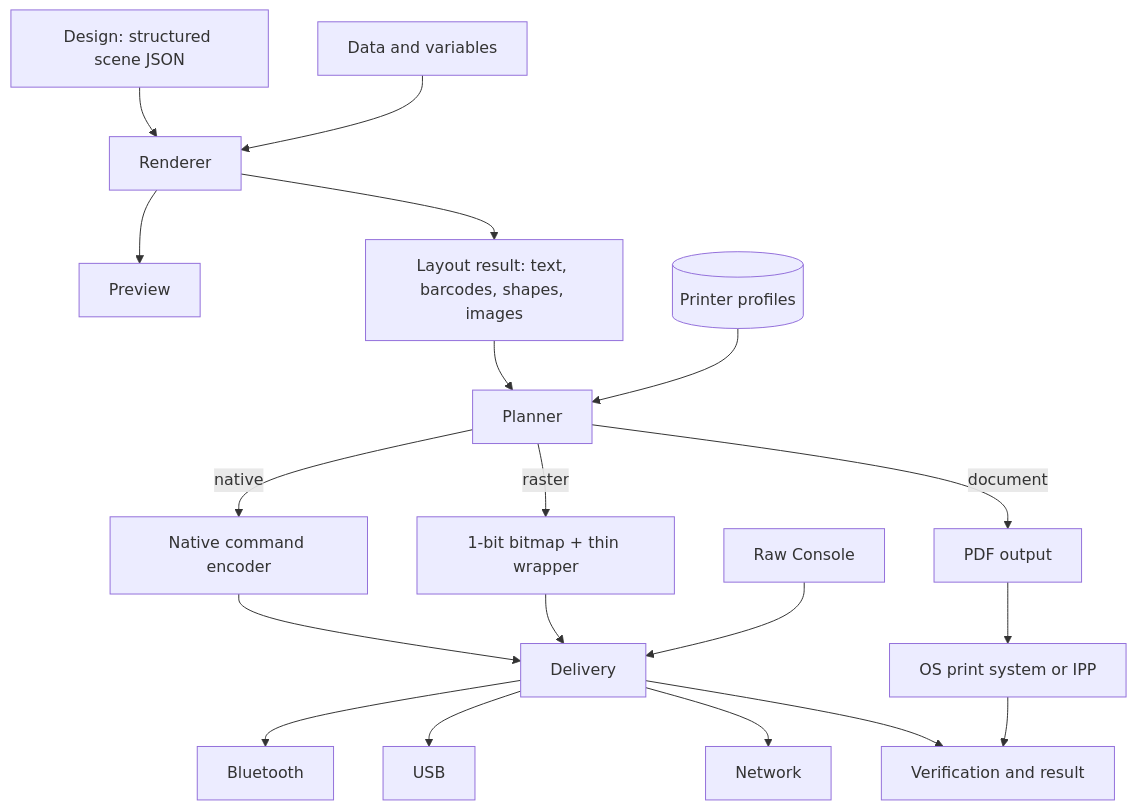
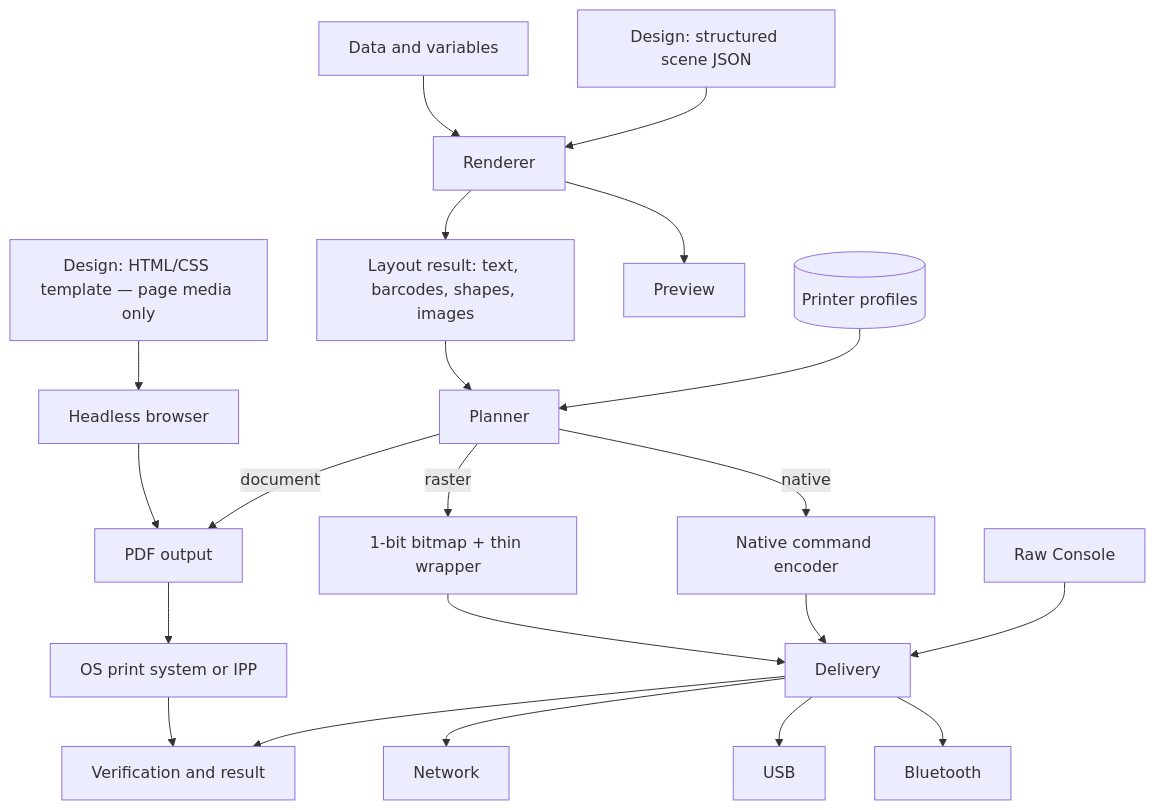
Before and after one commit to SAR-dev/PrintNinja: the diagram in docs/planned/REFACTORING-PLAN.md, drawn with Mermaid. The commit also changed other lines of this file and 26 other files, not shown here.

````diff
--- a/docs/planned/REFACTORING-PLAN.md
+++ b/docs/planned/REFACTORING-PLAN.md
@@ -38,21 +43,22 @@
 ```mermaid
 flowchart TD
     D[Design: structured scene JSON] --> R[Renderer]
+    DH[Design: HTML/CSS template — page media only] --> BR[Headless browser] --> PDF
     DATA[Data and variables] --> R
     R --> P[Preview]
     R --> L[Layout result: text, barcodes, shapes, images]
     L --> PL[Planner]
     PROF[(Printer profiles)] --> PL
     PL -->|native| N[Native command encoder]
     PL -->|raster| B[1-bit bitmap + thin wrapper]
     PL -->|document| PDF[PDF output]
     N --> Q[Delivery]
     B --> Q
     PDF --> OS[OS print system or IPP]
     Q --> BT[Bluetooth]
     Q --> USB[USB]
     Q --> TCP[Network]
     Q --> V[Verification and result]
     OS --> V
     CON[Raw Console] --> Q
 ```
````
